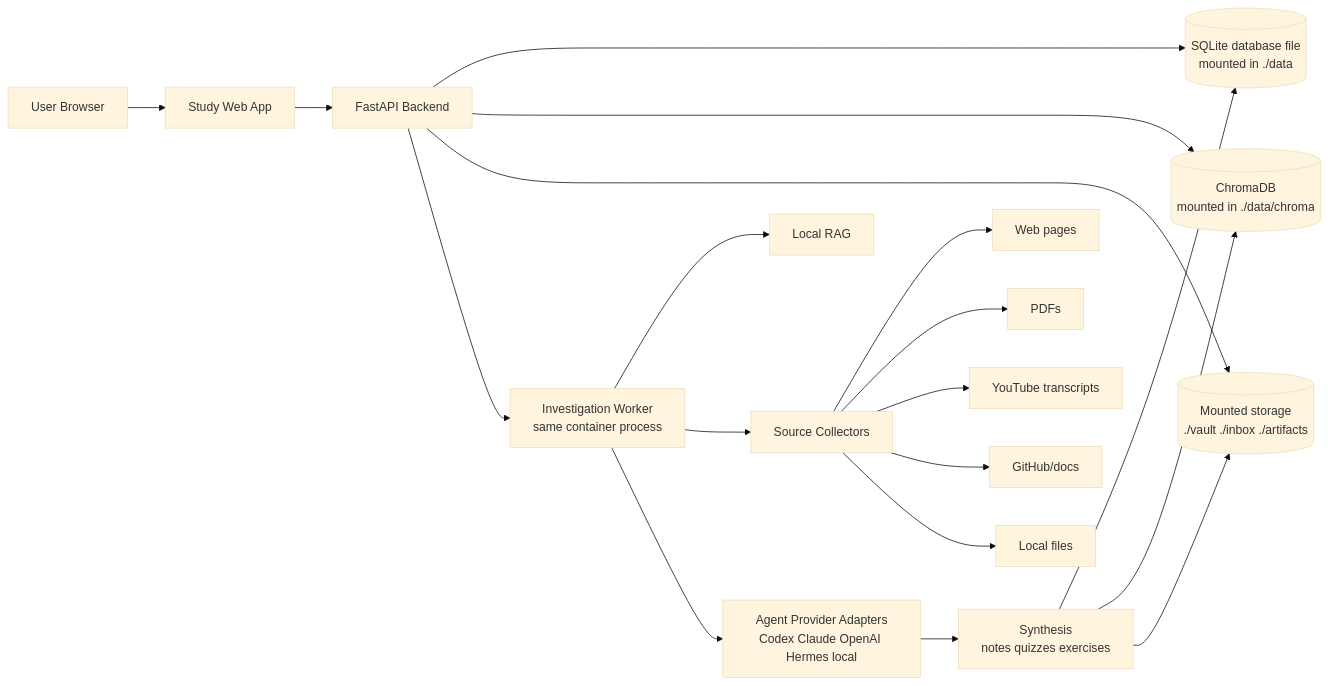
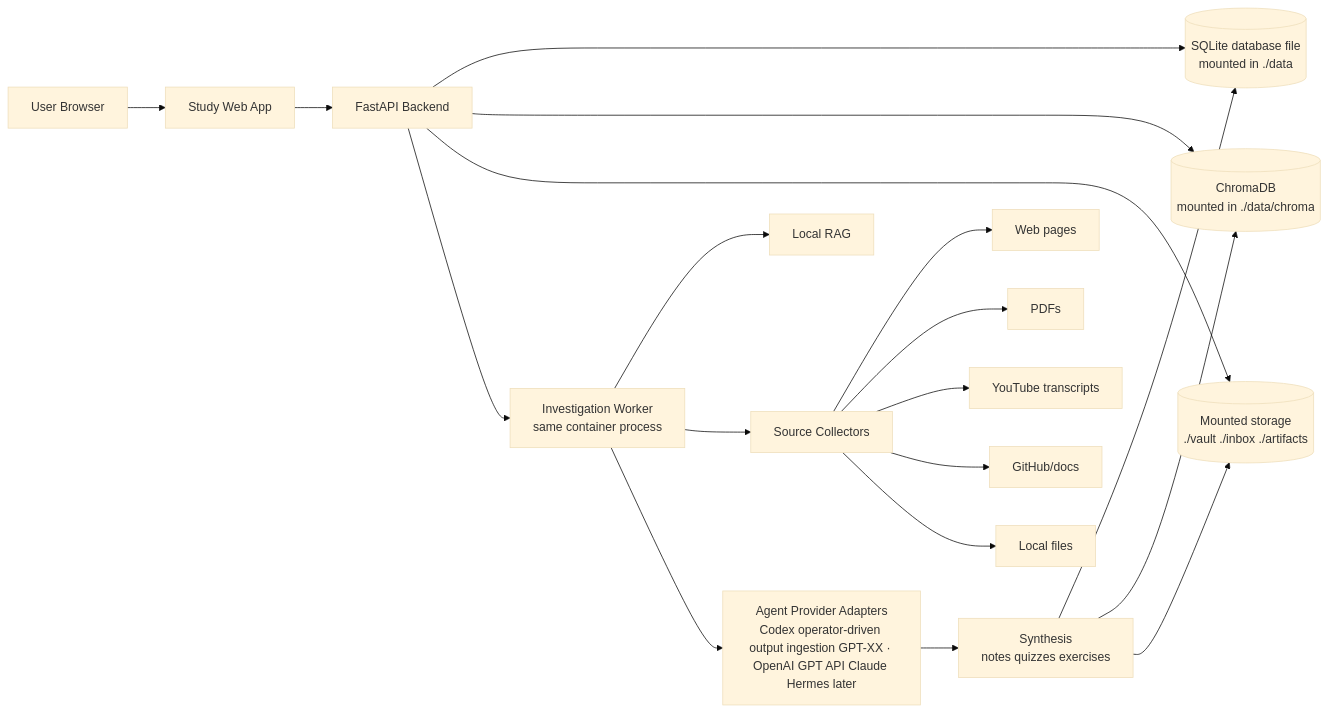
The diagram in PRD.md (juanelojga/ncp-aai), drawn with Mermaid (base theme) before and after one commit. The commit also changed other lines of this file and 2 other files, not shown here.

Commit message:
Clarify Codex-driven MVP plan

````diff
--- a/PRD.md
+++ b/PRD.md
@@ -217,23 +240,23 @@
 ```mermaid
 flowchart LR
     U[User Browser] --> WEB[Study Web App]
     WEB --> API[FastAPI Backend]
     API --> DB[(SQLite database file<br/>mounted in ./data)]
     API --> VDB[(ChromaDB<br/>mounted in ./data/chroma)]
     API --> FS[(Mounted storage<br/>./vault ./inbox ./artifacts)]
     API --> JOBS[Investigation Worker<br/>same container process]
 
     JOBS --> RAG[Local RAG]
     JOBS --> SRC[Source Collectors]
     SRC --> WEBP[Web pages]
     SRC --> PDF[PDFs]
     SRC --> YT[YouTube transcripts]
     SRC --> GH[GitHub/docs]
     SRC --> LOCAL[Local files]
 
-    JOBS --> AGENTS[Agent Provider Adapters<br/>Codex Claude OpenAI Hermes local]
+    JOBS --> AGENTS[Agent Provider Adapters<br/>Codex operator-driven output ingestion GPT-XX · OpenAI GPT API Claude Hermes later]
     AGENTS --> SYN[Synthesis<br/>notes quizzes exercises]
     SYN --> DB
     SYN --> VDB
     SYN --> FS
 ```
````
